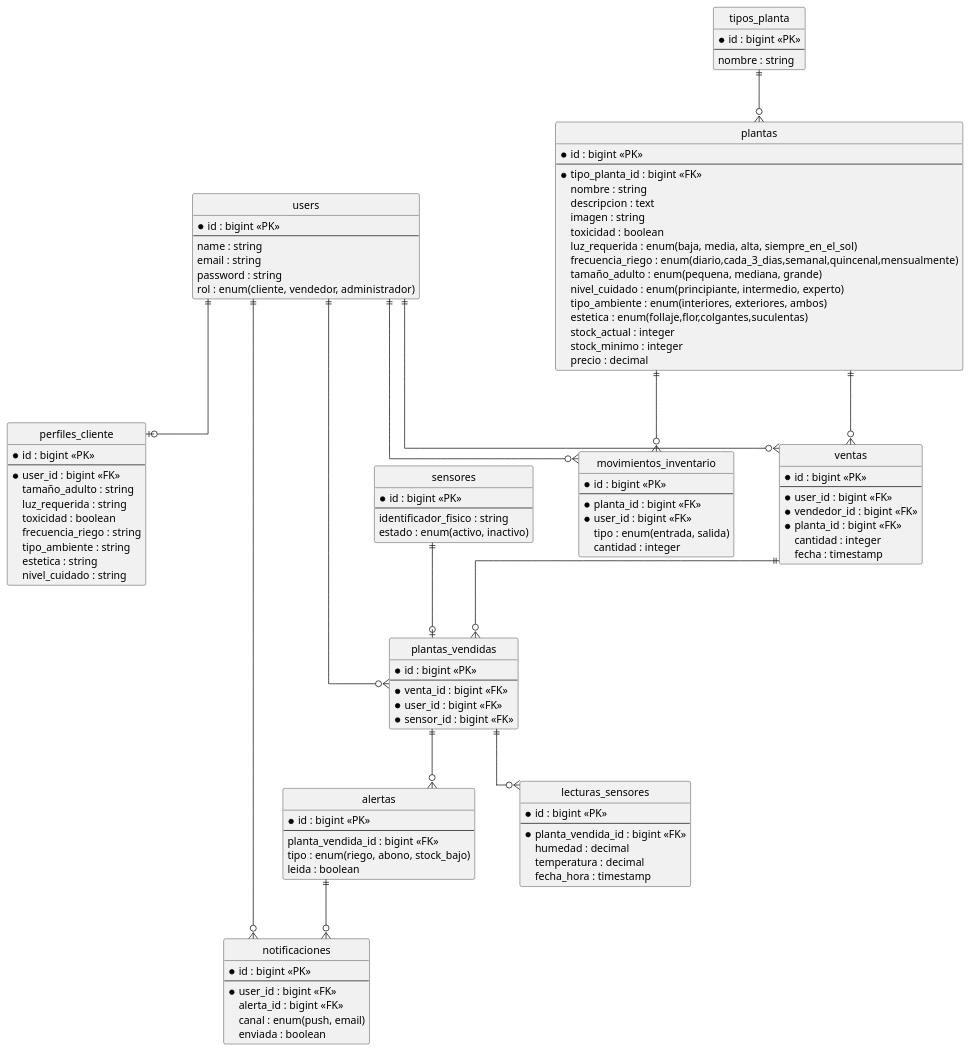
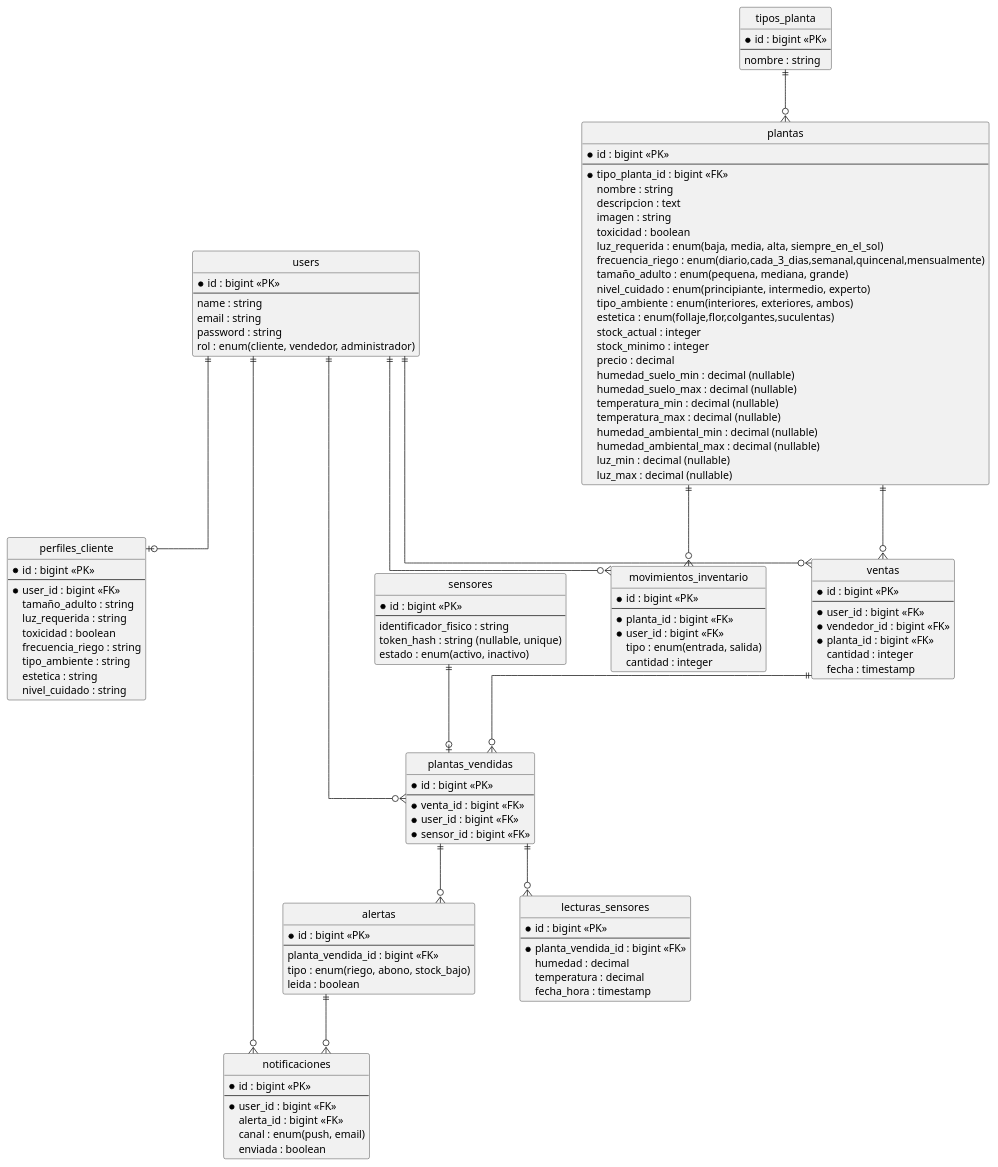
Before and after one commit to Jose-76825708/Adaptia: the diagram in docs/modelo-bd.md, drawn with PlantUML. The commit also changed 13 other files, not shown here.

```diff
--- a/docs/modelo-bd.md
+++ b/docs/modelo-bd.md
@@ -52,6 +52,14 @@
   stock_actual : integer
   stock_minimo : integer
   precio : decimal
+  humedad_suelo_min : decimal (nullable)
+  humedad_suelo_max : decimal (nullable)
+  temperatura_min : decimal (nullable)
+  temperatura_max : decimal (nullable)
+  humedad_ambiental_min : decimal (nullable)
+  humedad_ambiental_max : decimal (nullable)
+  luz_min : decimal (nullable)
+  luz_max : decimal (nullable)
 }
 
 ' ---- Capa 3: Ventas ----
@@ -87,6 +95,7 @@
   * id : bigint <<PK>>
   --
   identificador_fisico : string
+  token_hash : string (nullable, unique)
   estado : enum(activo, inactivo)
 }
 
```
